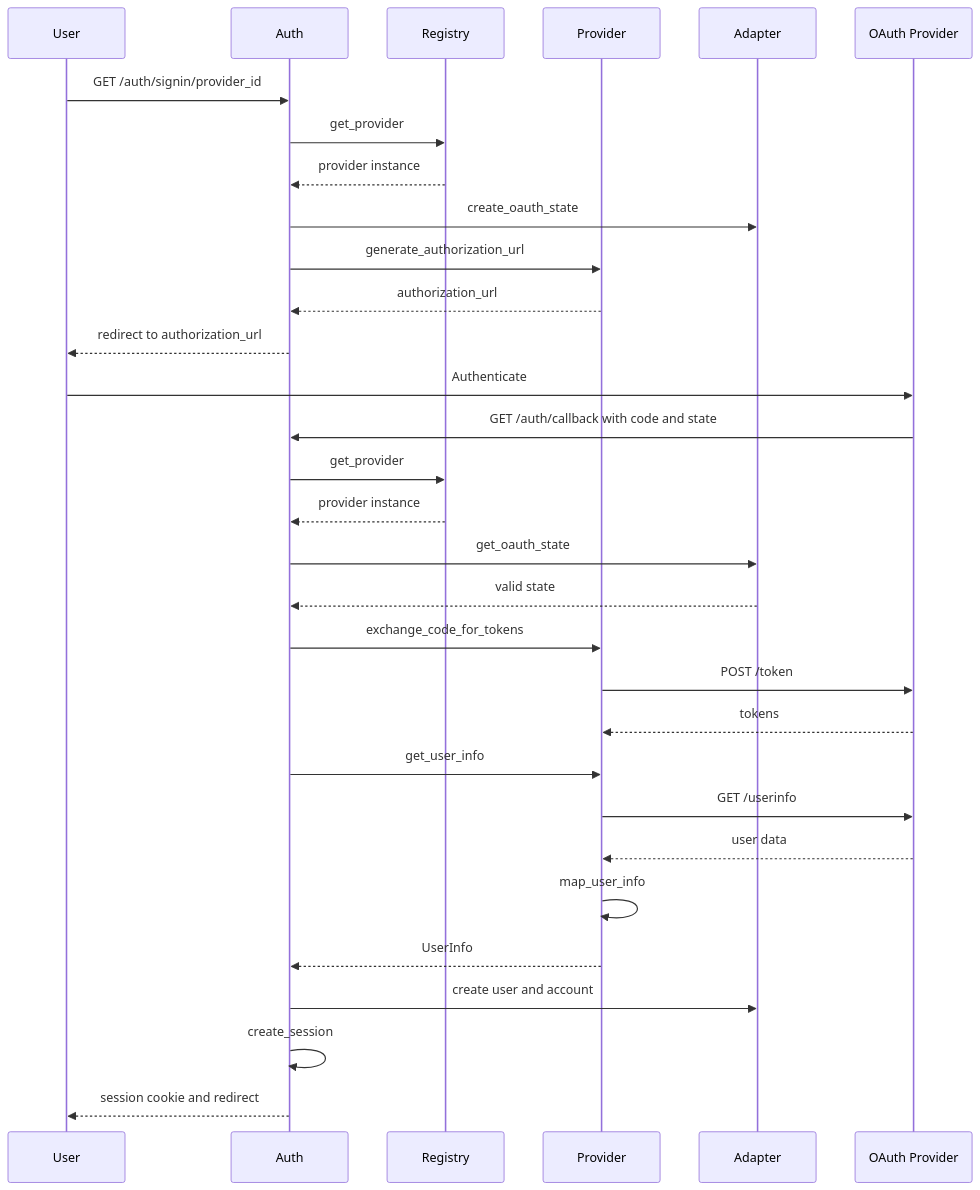
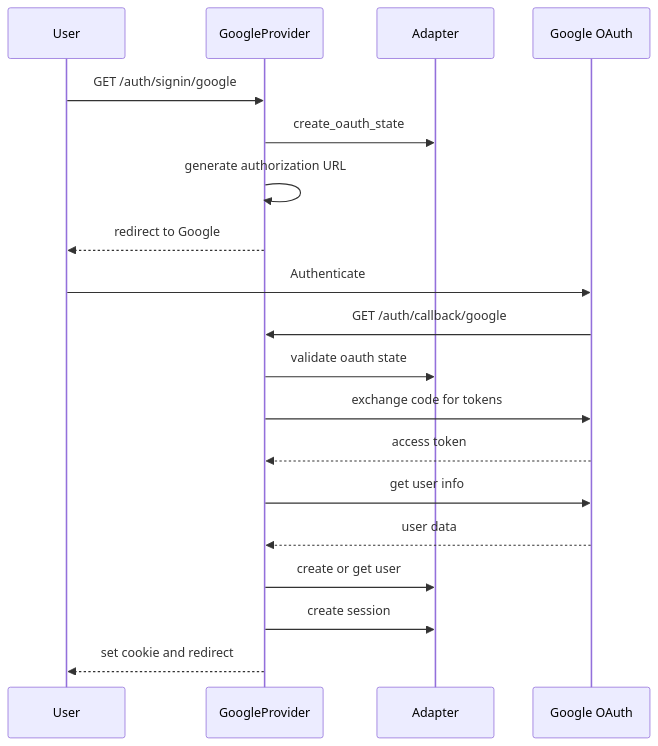
One commit to mplemay/belgie changed the second of 3 diagrams in design/002-generic-oauth-providers.md. Above: the diagram before and after it, drawn with Mermaid. The commit also changed other lines of this file, not shown here.

````diff
--- a/design/002-generic-oauth-providers.md
+++ b/design/002-generic-oauth-providers.md
@@ -178,35 +131,23 @@
 ```mermaid
 sequenceDiagram
     participant User
-    participant Auth
-    participant Registry
-    participant Provider
+    participant GoogleProvider
     participant Adapter
-    participant External as OAuth Provider
+    participant GoogleAPI as Google OAuth
 
-    User->>Auth: GET /auth/signin/provider_id
-    Auth->>Registry: get_provider
-    Registry-->>Auth: provider instance
-    Auth->>Adapter: create_oauth_state
-    Auth->>Provider: generate_authorization_url
-    Provider-->>Auth: authorization_url
-    Auth-->>User: redirect to authorization_url
+    User->>GoogleProvider: GET /auth/signin/google
+    GoogleProvider->>Adapter: create_oauth_state
+    GoogleProvider->>GoogleProvider: generate authorization URL
+    GoogleProvider-->>User: redirect to Google
 
-    User->>External: Authenticate
-    External->>Auth: GET /auth/callback with code and state
-    Auth->>Registry: get_provider
-    Registry-->>Auth: provider instance
-    Auth->>Adapter: get_oauth_state
-    Adapter-->>Auth: valid state
-    Auth->>Provider: exchange_code_for_tokens
-    Provider->>External: POST /token
-    External-->>Provider: tokens
-    Auth->>Provider: get_user_info
-    Provider->>External: GET /userinfo
-    External-->>Provider: user data
-    Provider->>Provider: map_user_info
-    Provider-->>Auth: UserInfo
-    Auth->>Adapter: create user and account
-    Auth->>Auth: create_session
-    Auth-->>User: session cookie and redirect
+    User->>GoogleAPI: Authenticate
+    GoogleAPI->>GoogleProvider: GET /auth/callback/google
+    GoogleProvider->>Adapter: validate oauth state
+    GoogleProvider->>GoogleAPI: exchange code for tokens
+    GoogleAPI-->>GoogleProvider: access token
+    GoogleProvider->>GoogleAPI: get user info
+    GoogleAPI-->>GoogleProvider: user data
+    GoogleProvider->>Adapter: create or get user
+    GoogleProvider->>Adapter: create session
+    GoogleProvider-->>User: set cookie and redirect
 ```
````
